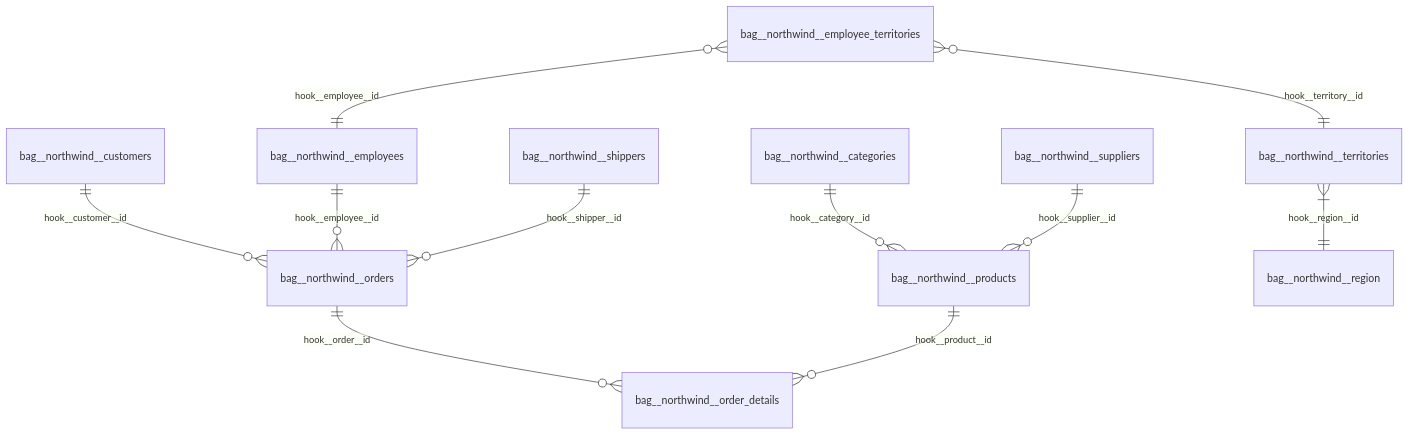
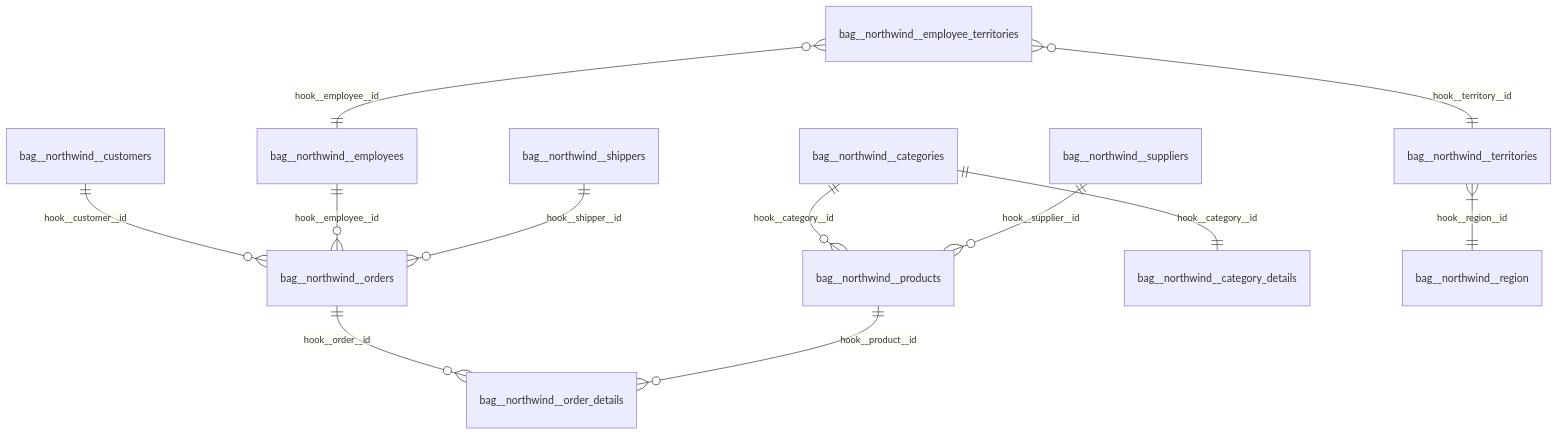
Before and after one commit to mattiasthalen/obsidian-insights: the third of 4 diagrams in README.md, drawn with Mermaid. The commit also changed other lines of this file, not shown here.

Commit message:
Correct mistakes in ERDs

````diff
--- a/README.md
+++ b/README.md
@@ -71,13 +72,14 @@
 ```mermaid
 erDiagram
     bag__northwind__customers ||--o{ bag__northwind__orders : hook__customer__id
     bag__northwind__orders ||--o{ bag__northwind__order_details : hook__order__id
     bag__northwind__products ||--o{ bag__northwind__order_details : hook__product__id
+    bag__northwind__categories ||--|| bag__northwind__category_details : hook__category__id
     bag__northwind__categories ||--o{ bag__northwind__products : hook__category__id
     bag__northwind__suppliers ||--o{ bag__northwind__products : hook__supplier__id
     bag__northwind__employees ||--o{ bag__northwind__orders : hook__employee__id
     bag__northwind__shippers ||--o{ bag__northwind__orders : hook__shipper__id
     bag__northwind__territories }|--|| bag__northwind__region : hook__region__id
     bag__northwind__employee_territories }o--|| bag__northwind__employees : hook__employee__id
     bag__northwind__employee_territories }o--|| bag__northwind__territories : hook__territory__id
 ```
````
